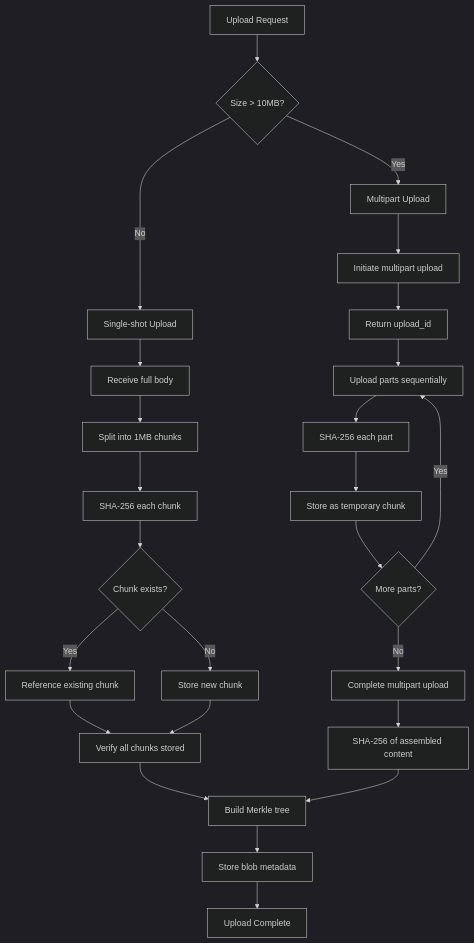
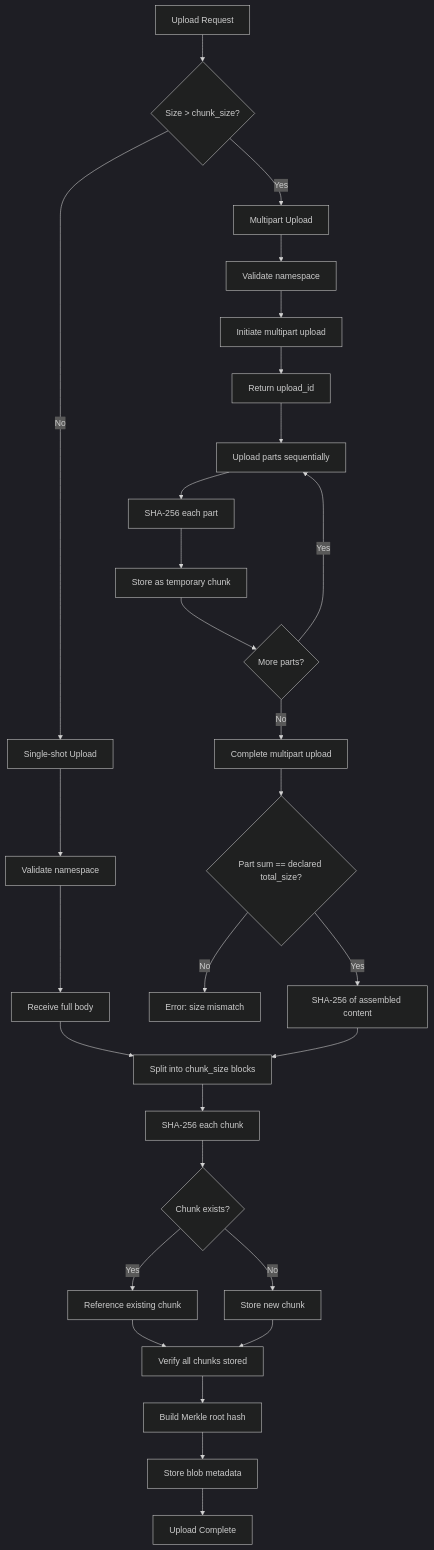
One commit to Icarus-afk/Nova-Runtime changed the third of 12 diagrams in docs/20-blob-storage.md. Above: the diagram before and after it, drawn with Mermaid (dark theme). The commit also changed other lines of this file and 7 other files, not shown here.

First line of the commit message:
Update architecture docs to match Phase 3 implementation

````diff
--- a/docs/20-blob-storage.md
+++ b/docs/20-blob-storage.md
@@ -163,29 +153,33 @@
 ```mermaid
 flowchart TD
-    U[Upload Request] --> SIZE{Size > 10MB?}
+    U[Upload Request] --> SIZE{Size > chunk_size?}
     SIZE -->|No| SINGLE[Single-shot Upload]
     SIZE -->|Yes| MULTI[Multipart Upload]
     
-    SINGLE --> RECV[Receive full body]
-    RECV --> CHUNK[Split into 1MB chunks]
+    SINGLE --> VAL_NS[Validate namespace]
+    VAL_NS --> RECV[Receive full body]
+    RECV --> CHUNK[Split into chunk_size blocks]
     CHUNK --> HASH[SHA-256 each chunk]
     HASH --> DEDUP{Chunk exists?}
     DEDUP -->|Yes| REF[Reference existing chunk]
     DEDUP -->|No| STORE[Store new chunk]
     REF --> CHECK[Verify all chunks stored]
     STORE --> CHECK
-    CHECK --> MERKLE[Build Merkle tree]
+    CHECK --> MERKLE[Build Merkle root hash]
     MERKLE --> META[Store blob metadata]
     META --> DONE[Upload Complete]
     
-    MULTI --> INIT[Initiate multipart upload]
+    MULTI --> VAL_NS2[Validate namespace]
+    VAL_NS2 --> INIT[Initiate multipart upload]
     INIT --> PID[Return upload_id]
     PID --> PART[Upload parts sequentially]
     PART --> PHASH[SHA-256 each part]
     PHASH --> PSTORE[Store as temporary chunk]
     PSTORE --> NEXT{More parts?}
     NEXT -->|Yes| PART
     NEXT -->|No| COMPLETE[Complete multipart upload]
-    COMPLETE --> VERIFY[SHA-256 of assembled content]
-    VERIFY --> MERKLE
+    COMPLETE --> SIZE_CHECK{Part sum == declared total_size?}
+    SIZE_CHECK -->|No| ERR[Error: size mismatch]
+    SIZE_CHECK -->|Yes| VERIFY[SHA-256 of assembled content]
+    VERIFY --> CHUNK
 ```
````
